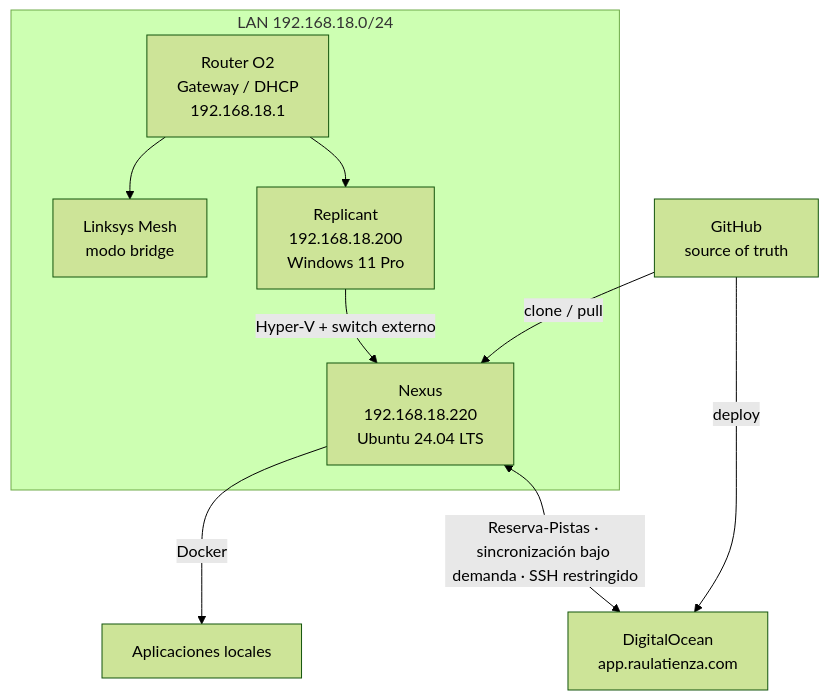
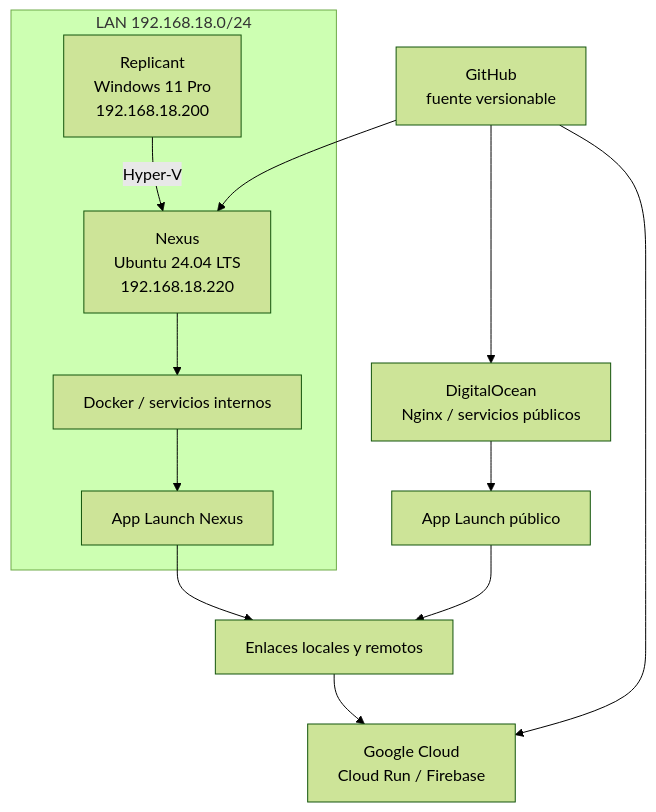
One commit to ratienza/infra-replicant-lab changed the first of 2 diagrams in docs/arquitectura.md. Above: the diagram before and after it, drawn with Mermaid (forest theme). The commit also changed other lines of this file and 48 other files, not shown here.

````diff
--- a/docs/arquitectura.md
+++ b/docs/arquitectura.md
@@ -5,20 +5,21 @@
 ```mermaid
 flowchart TB
     subgraph LAN["LAN 192.168.18.0/24"]
-        O2["Router O2<br/>Gateway / DHCP<br/>192.168.18.1"]
-        M["Linksys Mesh<br/>modo bridge"]
-        R["Replicant<br/>192.168.18.200<br/>Windows 11 Pro"]
-        N["Nexus<br/>192.168.18.220<br/>Ubuntu 24.04 LTS"]
-        O2 --> M
-        O2 --> R
-        R -->|Hyper-V + switch externo| N
+        R["Replicant<br/>Windows 11 Pro<br/>192.168.18.200"]
+        N["Nexus<br/>Ubuntu 24.04 LTS<br/>192.168.18.220"]
+        R -->|Hyper-V| N
+        N --> NR["Docker / servicios internos"]
+        NR --> NAL["App Launch Nexus"]
     end
-
-    GH["GitHub<br/>source of truth"]
-    DO["DigitalOcean<br/>app.raulatienza.com"]
-
-    GH -->|clone / pull| N
-    GH -->|deploy| DO
-    N -->|Docker| APPS["Aplicaciones locales"]
-    N <-->|"Reserva-Pistas · sincronización bajo demanda · SSH restringido"| DO
+    GH["GitHub<br/>fuente versionable"]
+    DO["DigitalOcean<br/>Nginx / servicios públicos"]
+    DAL["App Launch público"]
+    GC["Google Cloud<br/>Cloud Run / Firebase"]
+    GH --> N
+    GH --> DO
+    GH --> GC
+    DO --> DAL
+    NAL --> LINKS["Enlaces locales y remotos"]
+    DAL --> LINKS
+    LINKS --> GC
 ```
````
